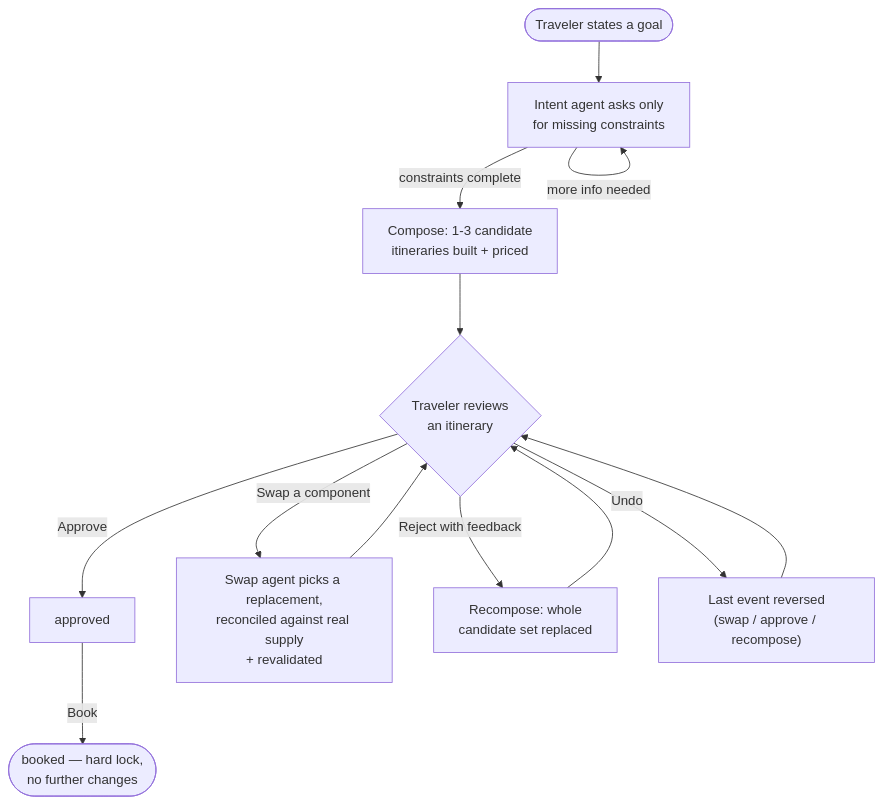
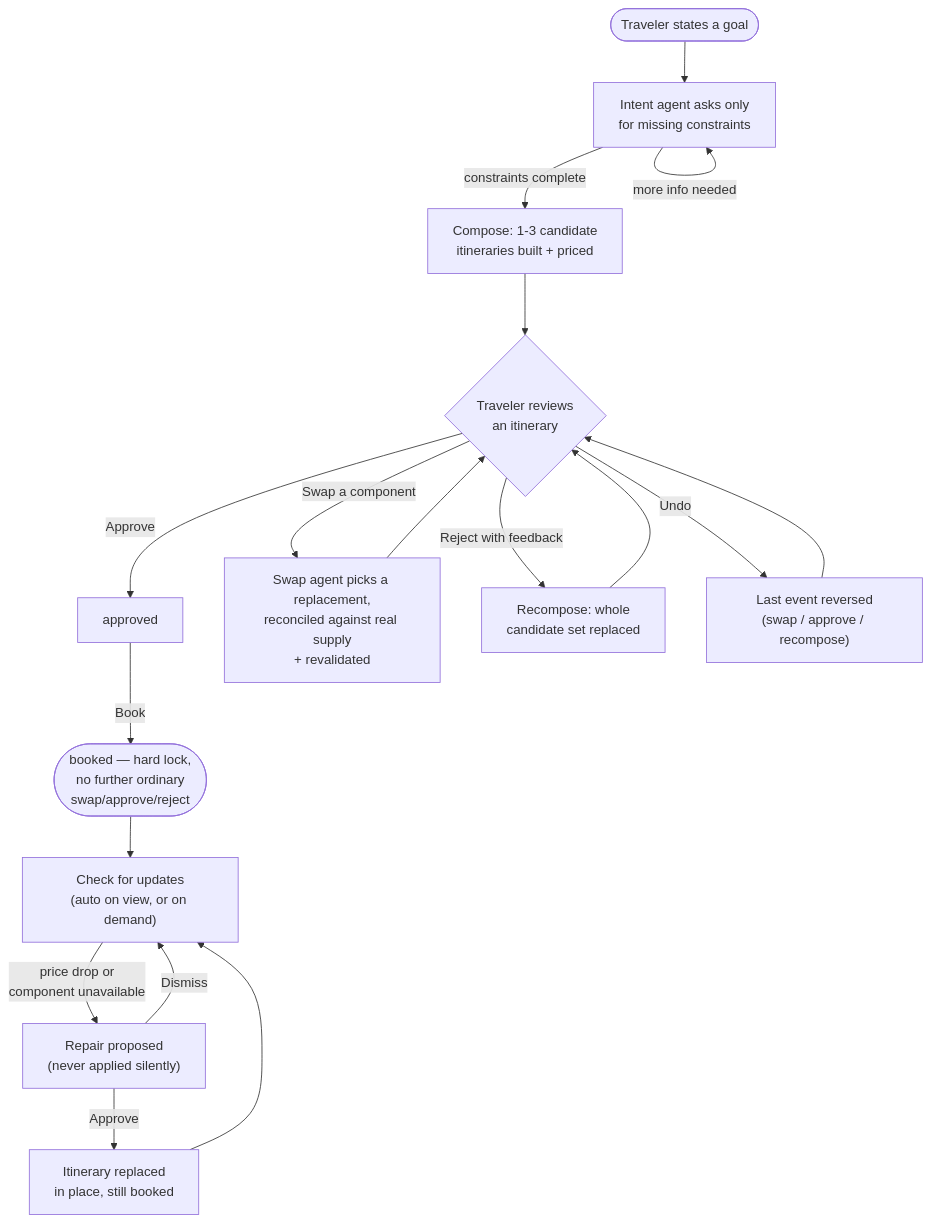
The first of 3 diagrams in README.md (samir72/trip-architect), drawn with Mermaid before and after one commit. The commit also changed other lines of this file and 22 other files, not shown here.

First line of the commit message:
Add post-booking monitoring: propose, never silently apply, repairs

````diff
--- a/README.md
+++ b/README.md
@@ -64,15 +67,20 @@
 ```mermaid
 flowchart TD
     A(["Traveler states a goal"]) --> B["Intent agent asks only\nfor missing constraints"]
     B -->|"more info needed"| B
     B -->|"constraints complete"| C["Compose: 1-3 candidate\nitineraries built + priced"]
     C --> D{"Traveler reviews\nan itinerary"}
     D -->|"Approve"| E["approved"]
     D -->|"Swap a component"| F["Swap agent picks a replacement,\nreconciled against real supply\n+ revalidated"]
     F --> D
     D -->|"Reject with feedback"| G["Recompose: whole\ncandidate set replaced"]
     G --> D
     D -->|"Undo"| H["Last event reversed\n(swap / approve / recompose)"]
     H --> D
-    E -->|"Book"| I(["booked — hard lock,\nno further changes"])
+    E -->|"Book"| I(["booked — hard lock,\nno further ordinary\nswap/approve/reject"])
+    I --> J["Check for updates\n(auto on view, or on demand)"]
+    J -->|"price drop or\ncomponent unavailable"| K["Repair proposed\n(never applied silently)"]
+    K -->|"Approve"| L["Itinerary replaced\nin place, still booked"]
+    K -->|"Dismiss"| J
+    L --> J
 ```
````
